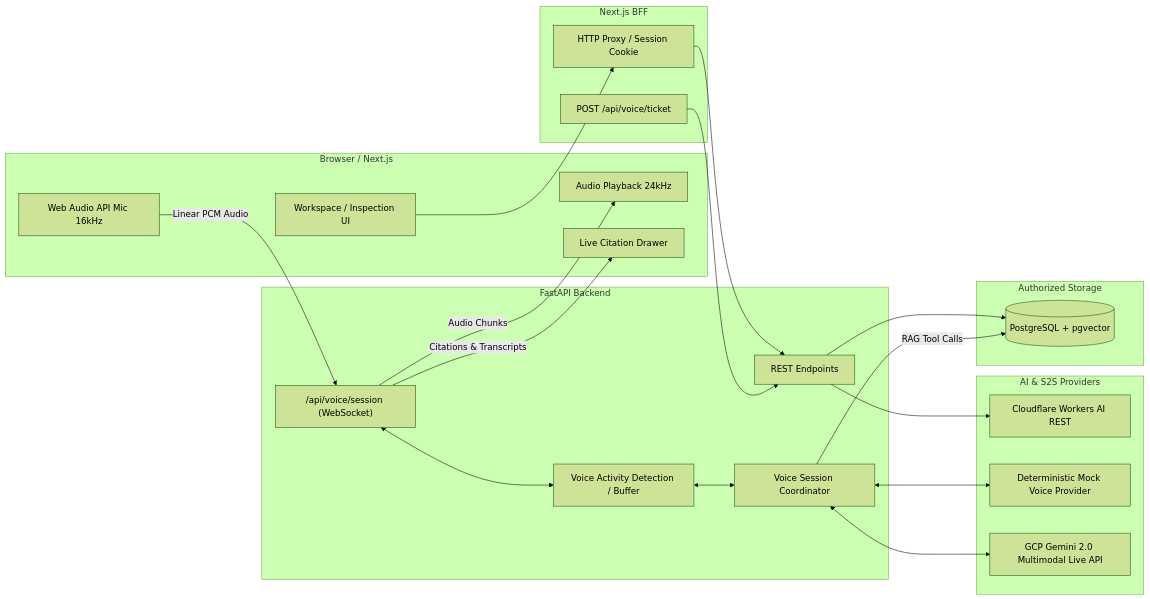
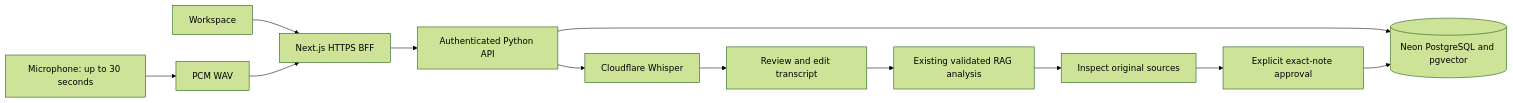
One commit to UmitVice/evidencedesk changed the diagram in README.md. Above: the diagram before and after it, drawn with Mermaid (forest theme). The commit also changed other lines of this file and 18 other files, not shown here.

Commit message:
fix(voice): restore hosted recording with bounded transcription and verified RAG

````diff
--- a/README.md
+++ b/README.md
@@ -38,42 +38,13 @@
 ```mermaid
 flowchart LR
-    subgraph Client [Browser / Next.js]
-        WebUI[Workspace / Inspection UI]
-        Mic[Web Audio API Mic 16kHz]
-        Spk[Audio Playback 24kHz]
-        Cards[Live Citation Drawer]
-    end
-
-    subgraph BFF [Next.js BFF]
-        AuthProxy[HTTP Proxy / Session Cookie]
-        TicketGen[POST /api/voice/ticket]
-    end
-
-    subgraph API [FastAPI Backend]
-        REST[REST Endpoints]
-        WS["/api/voice/session (WebSocket)"]
-        VAD[Voice Activity Detection / Buffer]
-        Router[Voice Session Coordinator]
-    end
-
-    subgraph Providers [AI & S2S Providers]
-        CF[Cloudflare Workers AI REST]
-        MockVoice[Deterministic Mock Voice Provider]
-        GeminiLive[GCP Gemini 2.0 Multimodal Live API]
-    end
-
-    subgraph Storage [Authorized Storage]
-        DB[(PostgreSQL + pgvector)]
-    end
-
-    WebUI --> AuthProxy --> REST --> DB
-    REST --> CF
-    TicketGen --> REST
-    Mic -->|Linear PCM Audio| WS
-    WS -->|Audio Chunks| Spk
-    WS -->|Citations & Transcripts| Cards
-    WS <--> VAD <--> Router
-    Router <--> MockVoice
-    Router <--> GeminiLive
-    Router -->|RAG Tool Calls| DB
+    UI[Workspace] --> BFF[Next.js HTTPS BFF]
+    Mic[Microphone: up to 30 seconds] --> WAV[PCM WAV]
+    WAV --> BFF --> API[Authenticated Python API]
+    API --> ASR[Cloudflare Whisper]
+    ASR --> Review[Review and edit transcript]
+    Review --> RAG[Existing validated RAG analysis]
+    RAG --> Sources[Inspect original sources]
+    Sources --> Approval[Explicit exact-note approval]
+    API --> DB[(Neon PostgreSQL and pgvector)]
+    Approval --> DB
 ```
````
